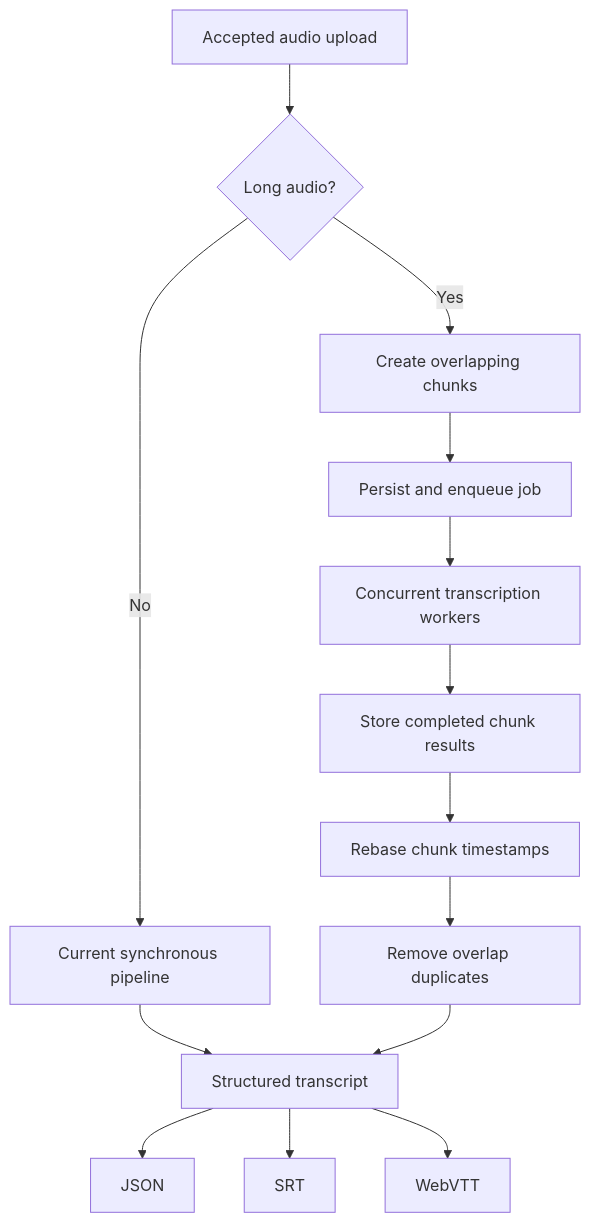
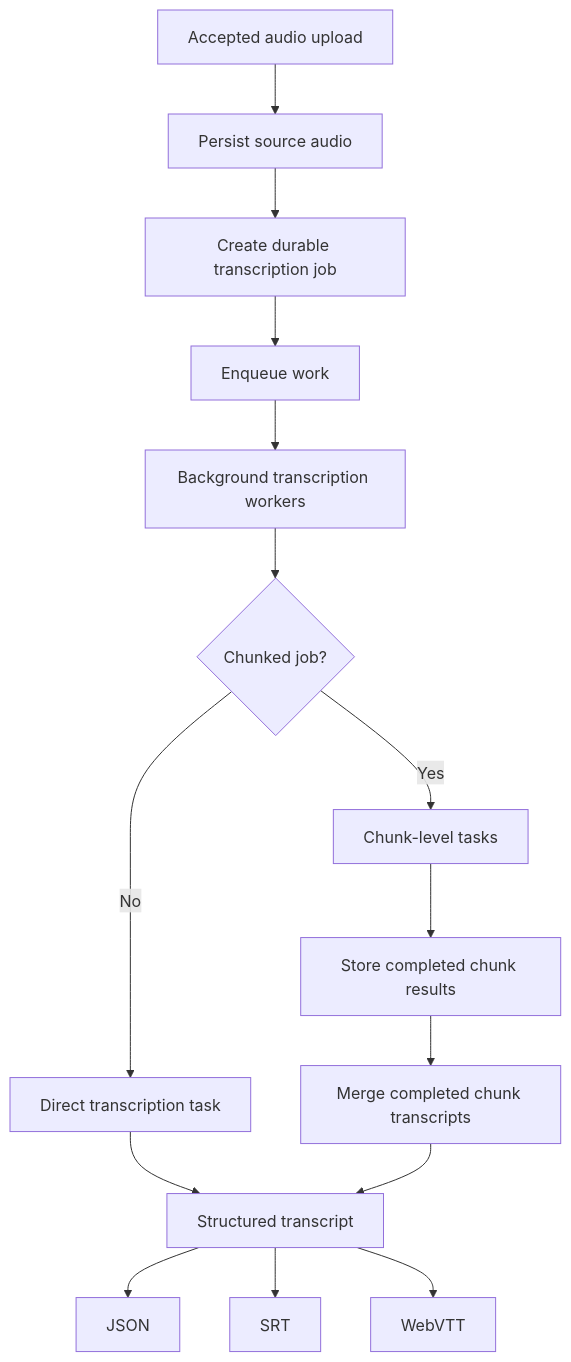
Before and after one commit to aizazmahmood/speech-transcription-service: the fifth of 5 diagrams in README.md, drawn with Mermaid. The commit also changed other lines of this file and 18 other files, not shown here.

Commit message:
Add long-audio chunked transcription pipeline

````diff
--- a/README.md
+++ b/README.md
@@ -735,20 +846,20 @@
 ```mermaid
 flowchart TD
-    Upload[Accepted audio upload] --> Duration{Long audio?}
+    Upload[Accepted audio upload] --> Persist[Persist source audio]
+    Persist --> Job[Create durable transcription job]
+    Job --> Queue[Enqueue work]
+    Queue --> Workers[Background transcription workers]
 
-    Duration -->|No| Direct[Current synchronous pipeline]
-    Duration -->|Yes| Chunk[Create overlapping chunks]
+    Workers --> Chunked{Chunked job?}
+    Chunked -->|No| Direct[Direct transcription task]
+    Chunked -->|Yes| ChunkTasks[Chunk-level tasks]
 
-    Chunk --> Queue[Persist and enqueue job]
-    Queue --> Workers[Concurrent transcription workers]
-    Workers --> Checkpoint[Store completed chunk results]
-    Checkpoint --> Merge[Rebase chunk timestamps]
-    Merge --> Dedupe[Remove overlap duplicates]
-
+    ChunkTasks --> Checkpoint[Store completed chunk results]
+    Checkpoint --> Merge[Merge completed chunk transcripts]
     Direct --> Result[Structured transcript]
-    Dedupe --> Result
+    Merge --> Result
 
     Result --> JSON[JSON]
     Result --> SRT[SRT]
     Result --> VTT[WebVTT]
 ```
````
